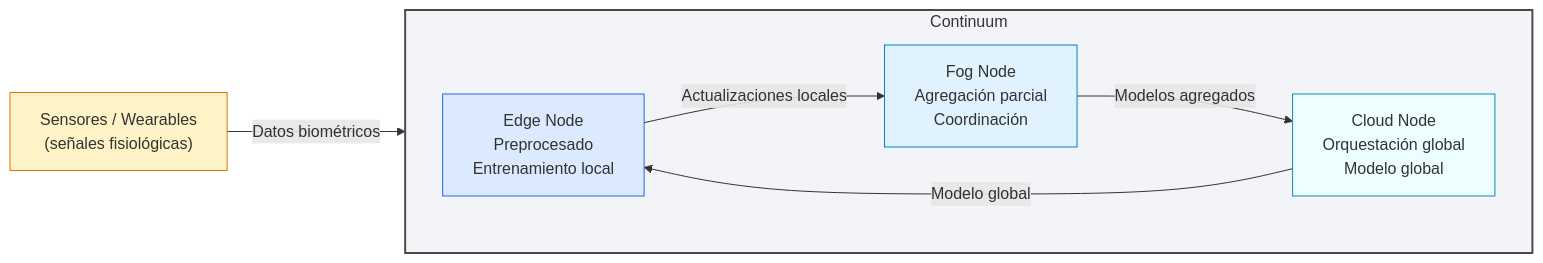
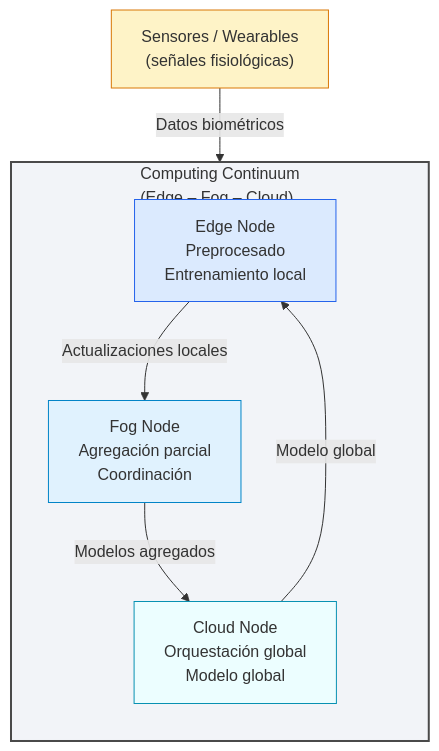
Before and after one commit to adrianoggm/Onion-FL: the first of 4 diagrams in Arquitecture.md, drawn with Mermaid. The commit also changed other lines of this file, not shown here.

````diff
--- a/Arquitecture.md
+++ b/Arquitecture.md
@@ -1,48 +1,43 @@
 ```mermaid
-flowchart LR
-
+flowchart TB
 
 %% -------------------------
 %% Data source
 %% -------------------------
 Sensors["Sensores / Wearables<br/>(señales fisiológicas)"]
 
 %% -------------------------
-%% Continuum nodes
+%% Computing Continuum
 %% -------------------------
-subgraph Continuum
-  direction LR
+subgraph Continuum["Computing     Continuum<br/>(Edge – Fog – Cloud)"]
+  direction TB
   Edge["Edge Node<br/>Preprocesado<br/>Entrenamiento local"]
   Fog["Fog Node<br/>Agregación parcial<br/>Coordinación"]
   Cloud["Cloud Node<br/>Orquestación global<br/>Modelo global"]
 end
 
 %% -------------------------
 %% Flows
 %% -------------------------
 Sensors -->|Datos biométricos| Edge
 Edge -->|Actualizaciones locales| Fog
 Fog -->|Modelos agregados| Cloud
 Cloud -->|Modelo global| Edge
 
-
-
 %% -------------------------
 %% Styles
 %% -------------------------
-classDef title fill:#ffffff,stroke:#4a4a4a,stroke-width:2px,font-weight:bold;
-classDef Continuum fill:#f2f4f8,stroke:#4a4a4a,stroke-width:2px;
+classDef continuum fill:#f2f4f8,stroke:#4a4a4a,stroke-width:2px;
 classDef edge fill:#dbeafe,stroke:#2563eb;
 classDef fog fill:#e0f2fe,stroke:#0284c7;
 classDef cloud fill:#ecfeff,stroke:#0891b2;
 classDef sensors fill:#fef3c7,stroke:#d97706;
 
-class CC_Title title;
-class Continuum Continuum;
+class Continuum continuum;
 class Edge edge;
 class Fog fog;
 class Cloud cloud;
 class Sensors sensors;
 
 
 ```
````
